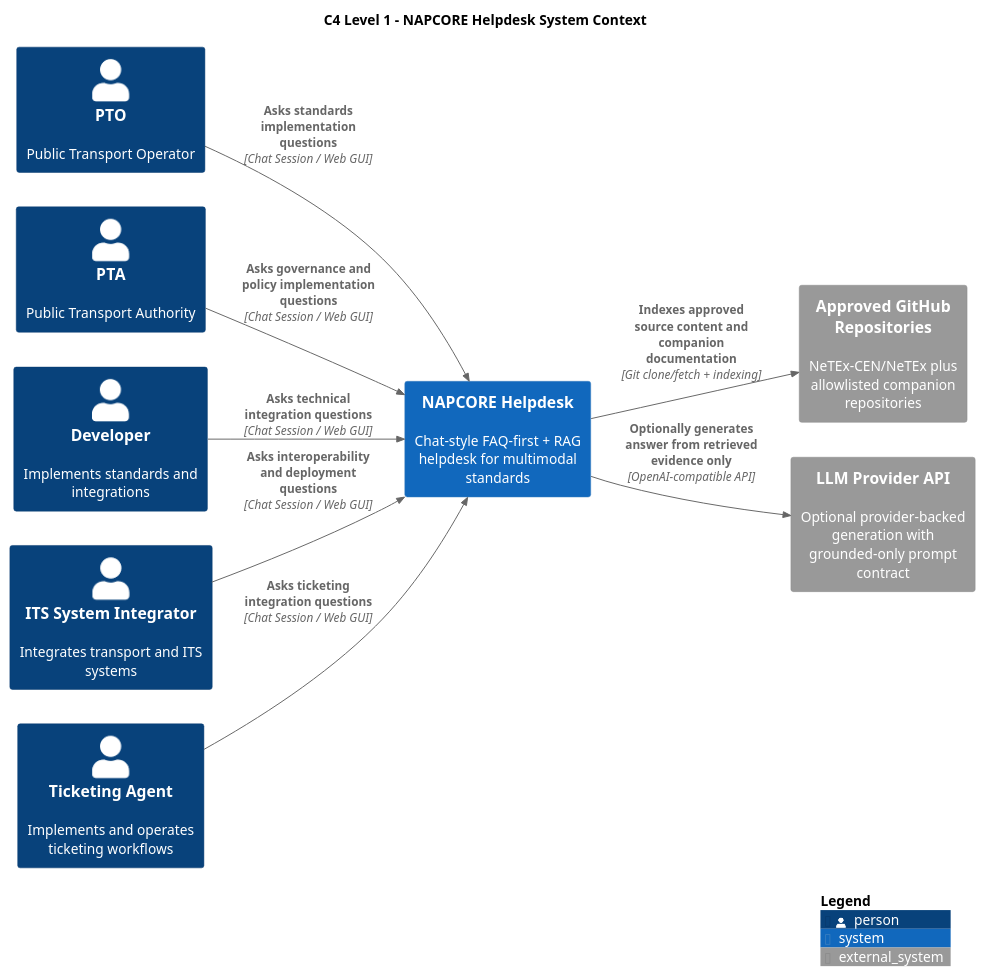
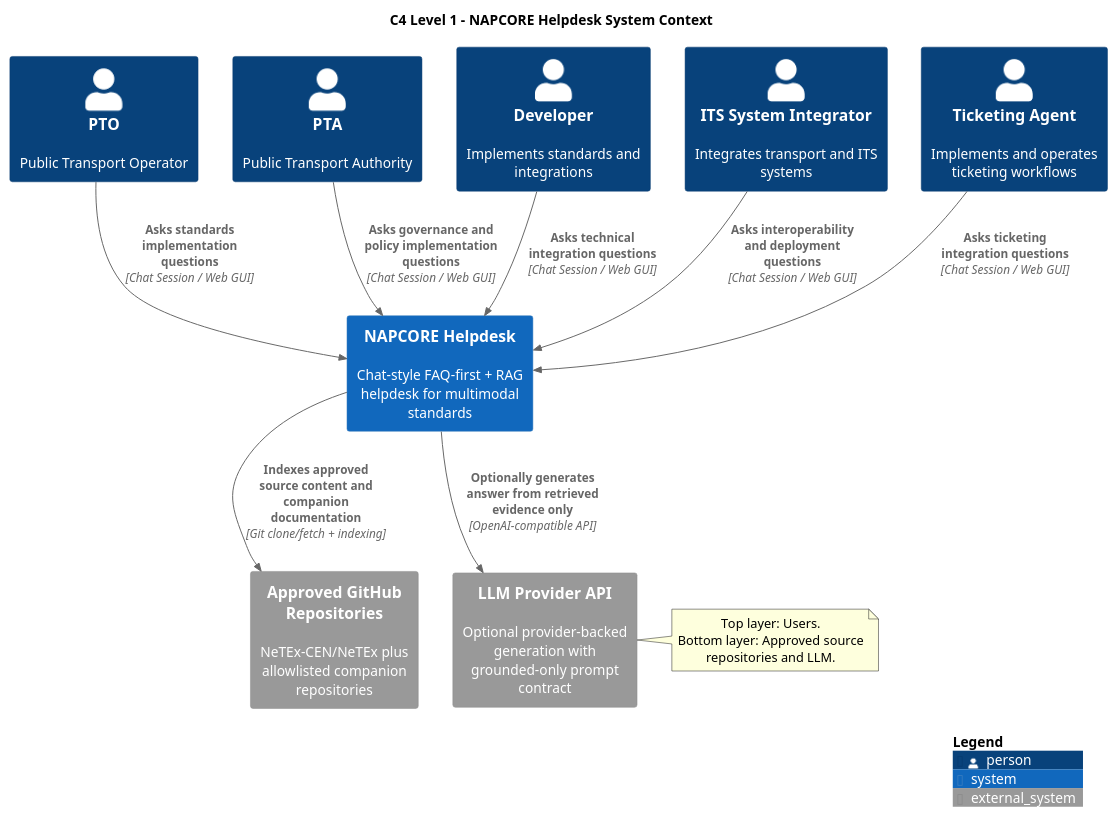
One commit to UM-KGPI/NapcoreHelpdesk changed the diagram in docs/architecture/c4-system-context.puml. Above: the diagram before and after it, drawn with PlantUML. The commit also changed 58 other files, not shown here.

Commit message:
feat: update UI/diagrams and retrieval architecture baseline

```diff
--- a/docs/architecture/c4-system-context.puml
+++ b/docs/architecture/c4-system-context.puml
@@ -1,31 +1,52 @@
 @startuml
 !includeurl https://raw.githubusercontent.com/plantuml-stdlib/C4-PlantUML/master/C4_Context.puml
-
-LAYOUT_LEFT_RIGHT()
 
 title C4 Level 1 - NAPCORE Helpdesk System Context
 
 Person(pto, "PTO", "Public Transport Operator")
 Person(pta, "PTA", "Public Transport Authority")
 Person(dev, "Developer", "Implements standards and integrations")
 Person(integrator, "ITS System Integrator", "Integrates transport and ITS systems")
 Person(ticketing, "Ticketing Agent", "Implements and operates ticketing workflows")
 
 System(helpdesk, "NAPCORE Helpdesk", "Chat-style FAQ-first + RAG helpdesk for multimodal standards")
 System_Ext(github, "Approved GitHub Repositories", "NeTEx-CEN/NeTEx plus allowlisted companion repositories")
 System_Ext(llm, "LLM Provider API", "Optional provider-backed generation with grounded-only prompt contract")
 
 Rel(pto, helpdesk, "Asks standards implementation questions", "Chat Session / Web GUI")
 Rel(pta, helpdesk, "Asks governance and policy implementation questions", "Chat Session / Web GUI")
 Rel(dev, helpdesk, "Asks technical integration questions", "Chat Session / Web GUI")
 Rel(integrator, helpdesk, "Asks interoperability and deployment questions", "Chat Session / Web GUI")
 Rel(ticketing, helpdesk, "Asks ticketing integration questions", "Chat Session / Web GUI")
 
 Rel(helpdesk, github, "Indexes approved source content and companion documentation", "Git clone/fetch + indexing")
 Rel(helpdesk, llm, "Optionally generates answer from retrieved evidence only", "OpenAI-compatible API")
 
 UpdateRelStyle(helpdesk, llm, $textColor="black", $lineColor="#38598A")
 
+UpdateElementStyle(pto, $fontColor="#1F2F4A")
+UpdateElementStyle(pta, $fontColor="#1F2F4A")
+UpdateElementStyle(dev, $fontColor="#1F2F4A")
+UpdateElementStyle(integrator, $fontColor="#1F2F4A")
+UpdateElementStyle(ticketing, $fontColor="#1F2F4A")
+
+' Top layer: actors horizontally
+Lay_R(pto, pta)
+Lay_R(pta, dev)
+Lay_R(dev, integrator)
+Lay_R(integrator, ticketing)
+' Middle: helpdesk below actors
+Lay_D(pto, helpdesk)
+' Bottom layer: external systems below helpdesk
+Lay_D(helpdesk, github)
+Lay_D(helpdesk, llm)
+Lay_R(github, llm)
+
+note right of llm
+Top layer: Users.
+Bottom layer: Approved source repositories and LLM.
+end note
+
 SHOW_LEGEND()
 
 @enduml
```
